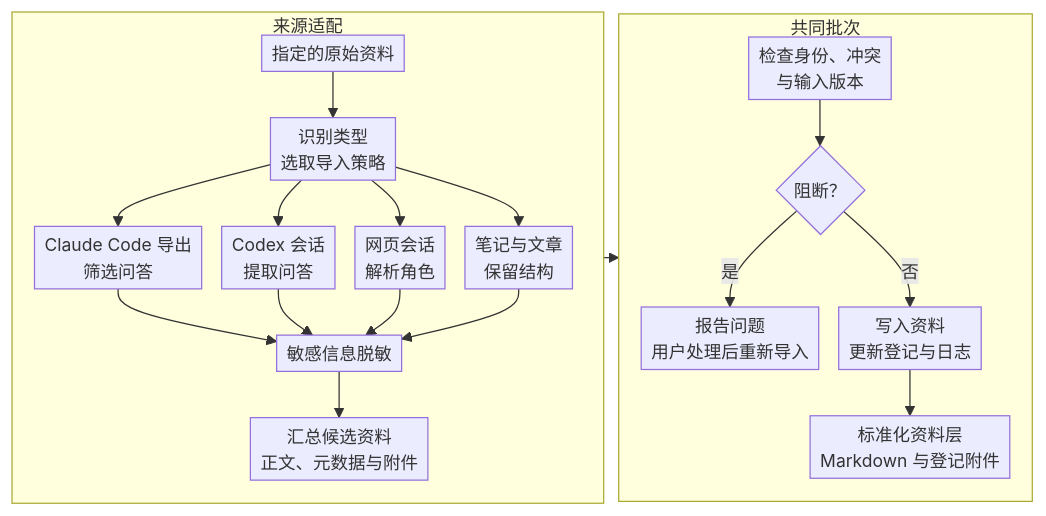
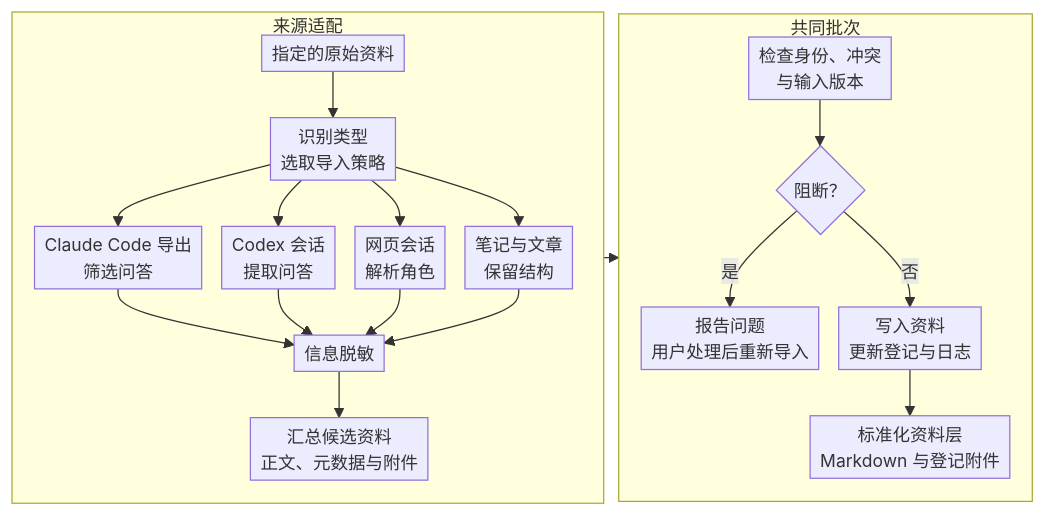
The second of 5 diagrams in docs/architecture.md (def-a-name/learn-corpus), drawn with Mermaid before and after one commit. The commit also changed 1 other file, not shown here.

Commit message:
docs: 更新致谢、参考资料与架构图措辞

````diff
--- a/docs/architecture.md
+++ b/docs/architecture.md
@@ -54,38 +54,38 @@
 ```mermaid
 ---
 config:
   look: classic
   layout: dagre
   themeVariables:
     fontSize: 14px
   flowchart:
     minNodeWidth: 0
     wrappingWidth: 180
     nodeSpacing: 16
     rankSpacing: 12
     diagramPadding: 4
     padding: 4
 ---
 flowchart LR
     subgraph AD["来源适配"]
         direction TB
         R["指定的原始资料"] --> P["识别类型<br/>选取导入策略"]
         P --> CL["Claude Code 导出<br/>筛选问答"]
         P --> CX["Codex 会话<br/>提取问答"]
         P --> WC["网页会话<br/>解析角色"]
         P --> MD["笔记与文章<br/>保留结构"]
-        CL --> D["敏感信息脱敏"]
+        CL --> D["信息脱敏"]
         CX --> D
         WC --> D
         MD --> D
         D --> F["汇总候选资料<br/>正文、元数据与附件"]
     end
     subgraph BATCH["共同批次"]
         direction TB
         C["检查身份、冲突<br/>与输入版本"] --> Q{"阻断？"}
         Q -->|是| U["报告问题<br/>用户处理后重新导入"]
         Q -->|否| W["写入资料<br/>更新登记与日志"]
         W --> N["标准化资料层<br/>Markdown 与登记附件"]
     end
     AD --> BATCH
 ```
````
